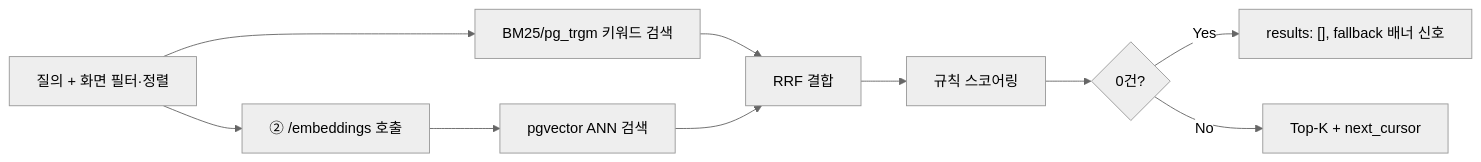
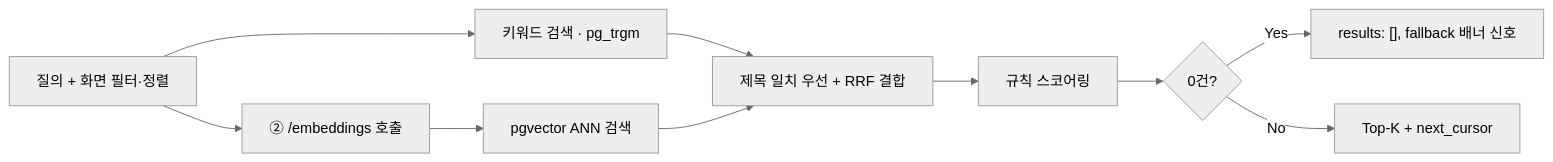
One commit to 100-hours-a-week/KTB4-13th-wiki changed the second of 7 diagrams in docs/ai/4-multistep-pipeline/design.md. Above: the diagram before and after it, drawn with Mermaid (neutral theme). The commit also changed other lines of this file and 6 other files, not shown here.

````diff
--- a/docs/ai/4-multistep-pipeline/design.md
+++ b/docs/ai/4-multistep-pipeline/design.md
@@ -74,12 +77,12 @@
 ```mermaid
 flowchart LR
-    A[질의 + 화면 필터·정렬] --> B[BM25/pg_trgm 키워드 검색]
+    A[질의 + 화면 필터·정렬] --> B[키워드 검색 · pg_trgm]
     A --> C["② /embeddings 호출"]
     C --> D[pgvector ANN 검색]
-    B --> E[RRF 결합]
+    B --> E[제목 일치 우선 + RRF 결합]
     D --> E
     E --> F["규칙 스코어링"]
     F --> G{0건?}
     G -- Yes --> H["results: [], fallback 배너 신호"]
     G -- No --> I[Top-K + next_cursor]
 ```
````
